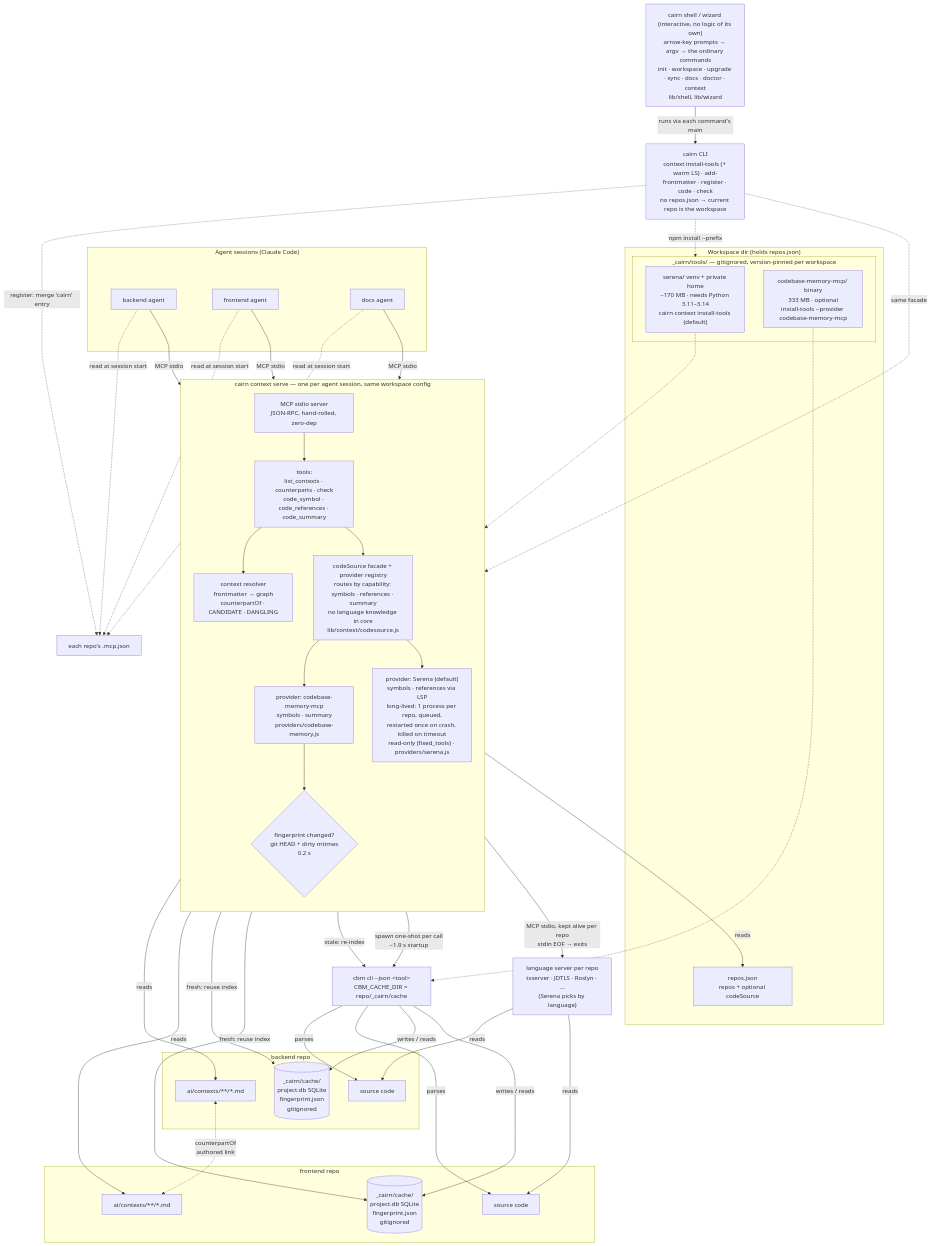
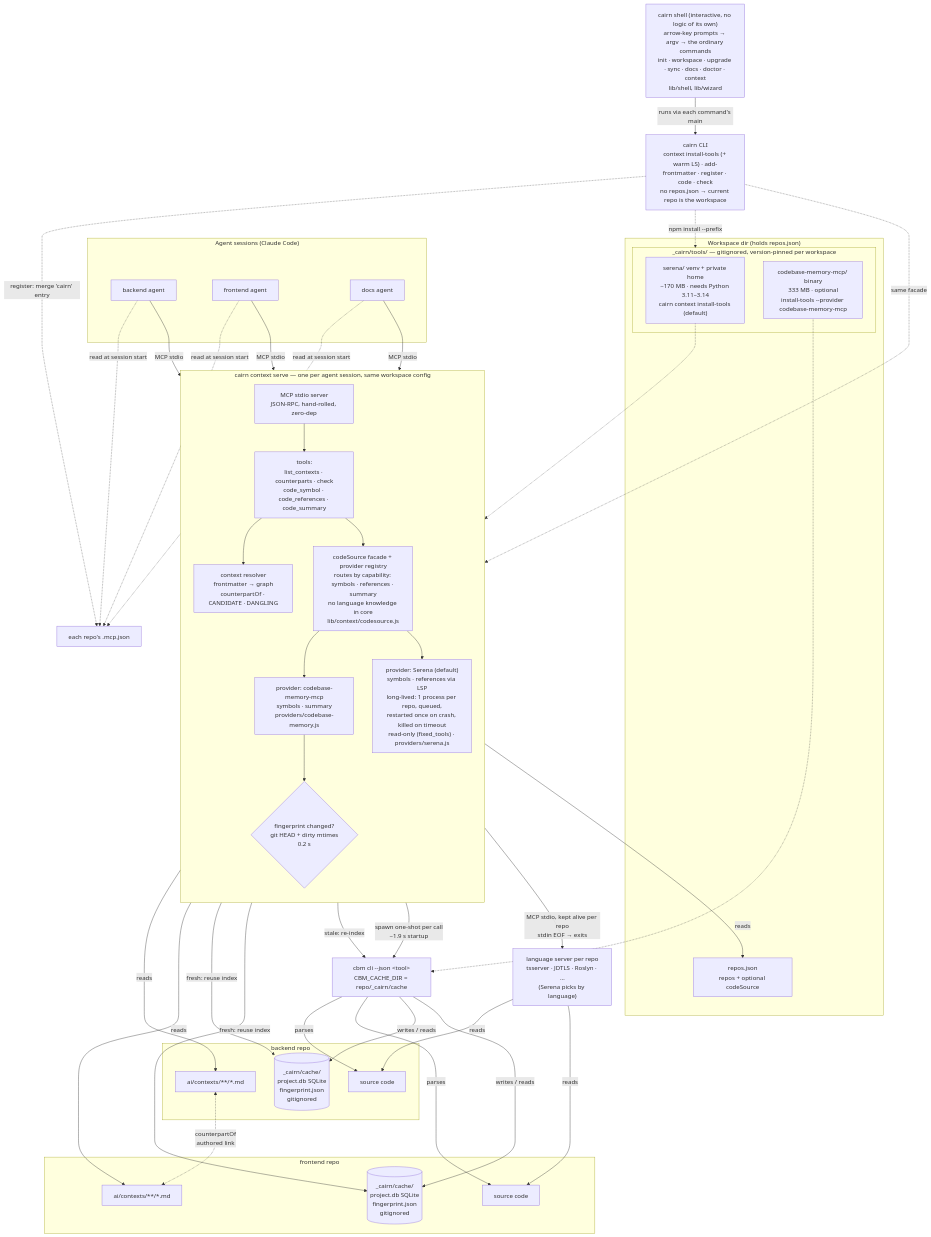
One commit to StonePandaStudio/cairn changed the diagram in infrastructure.mmd. Above: the diagram before and after it, drawn with Mermaid. The commit also changed 2 other files, not shown here.

Commit message:
wizard: drop from help and README, keep as a silent alias

```diff
--- a/infrastructure.mmd
+++ b/infrastructure.mmd
@@ -1,66 +1,66 @@
 flowchart TB
     subgraph Agents["Agent sessions (Claude Code)"]
         A1["backend agent"]
         A2["frontend agent"]
         A3["docs agent"]
     end
 
     subgraph Serve["cairn context serve — one per agent session, same workspace config"]
         direction TB
         MCP["MCP stdio server<br/>JSON-RPC, hand-rolled, zero-dep"]
         TOOLS["tools:<br/>list_contexts · counterparts · check<br/>code_symbol · code_references · code_summary"]
         RES["context resolver<br/>frontmatter → graph<br/>counterpartOf · CANDIDATE · DANGLING"]
         CS["codeSource facade + provider registry<br/>routes by capability: symbols · references · summary<br/>no language knowledge in core<br/>lib/context/codesource.js"]
         PROV["provider: codebase-memory-mcp<br/>symbols · summary<br/>providers/codebase-memory.js"]
         SER["provider: Serena (default)<br/>symbols · references via LSP<br/>long-lived: 1 process per repo, queued,<br/>restarted once on crash, killed on timeout<br/>read-only (fixed_tools) · providers/serena.js"]
         GATE{"fingerprint changed?<br/>git HEAD + dirty mtimes<br/>0.2 s"}
         MCP --> TOOLS
         TOOLS --> RES
         TOOLS --> CS
         CS --> PROV
         CS --> SER
         PROV --> GATE
     end
 
     subgraph WS["Workspace dir (holds repos.json)"]
         CFG["repos.json<br/>repos + optional codeSource"]
         subgraph TOOLDIR["_cairn/tools/ — gitignored, version-pinned per workspace"]
             SBIN["serena/ venv + private home<br/>~170 MB · needs Python 3.11–3.14<br/>cairn context install-tools (default)"]
             BIN["codebase-memory-mcp/ binary<br/>333 MB · optional<br/>install-tools --provider codebase-memory-mcp"]
         end
     end
 
     subgraph R1["backend repo"]
         D1["ai/contexts/**/*.md"]
         S1["source code"]
         C1[("_cairn/cache/<br/>project.db SQLite<br/>fingerprint.json<br/>gitignored")]
     end
 
     subgraph R2["frontend repo"]
         D2["ai/contexts/**/*.md"]
         S2["source code"]
         C2[("_cairn/cache/<br/>project.db SQLite<br/>fingerprint.json<br/>gitignored")]
     end
 
     A1 & A2 & A3 -- "MCP stdio" --> MCP
 
     RES -- "reads" --> CFG
     RES -- "reads" --> D1 & D2
     D1 <-. "counterpartOf<br/>authored link" .-> D2
 
     GATE -- "fresh: reuse index" --> C1 & C2
     GATE -- "stale: re-index" --> ONE
     PROV -- "spawn one-shot per call<br/>~1.9 s startup" --> ONE["cbm cli --json &lt;tool&gt;<br/>CBM_CACHE_DIR = repo/_cairn/cache"]
     BIN -.-> ONE
     SBIN -.-> SER
     SER -- "MCP stdio, kept alive per repo<br/>stdin EOF → exits" --> LS["language server per repo<br/>tsserver · JDTLS · Roslyn · …<br/>(Serena picks by language)"]
     LS -- "reads" --> S1 & S2
     ONE -- "parses" --> S1 & S2
     ONE -- "writes / reads" --> C1 & C2
 
     CLI["cairn CLI<br/>context install-tools (+ warm LS) · add-frontmatter · register · code · check<br/>no repos.json → current repo is the workspace"] -. "same facade" .-> CS
     CLI -. "npm install --prefix" .-> TOOLDIR
     CLI -. "register: merge 'cairn' entry" .-> MCPJ["each repo's .mcp.json"]
     A1 & A2 & A3 -. "read at session start" .-> MCPJ
 
-    SHELL["cairn shell / wizard (interactive, no logic of its own)<br/>arrow-key prompts → argv → the ordinary commands<br/>init · workspace · upgrade · sync · docs · doctor · context<br/>lib/shell, lib/wizard"] -- "runs via each command's main" --> CLI
+    SHELL["cairn shell (interactive, no logic of its own)<br/>arrow-key prompts → argv → the ordinary commands<br/>init · workspace · upgrade · sync · docs · doctor · context<br/>lib/shell, lib/wizard"] -- "runs via each command's main" --> CLI
```
